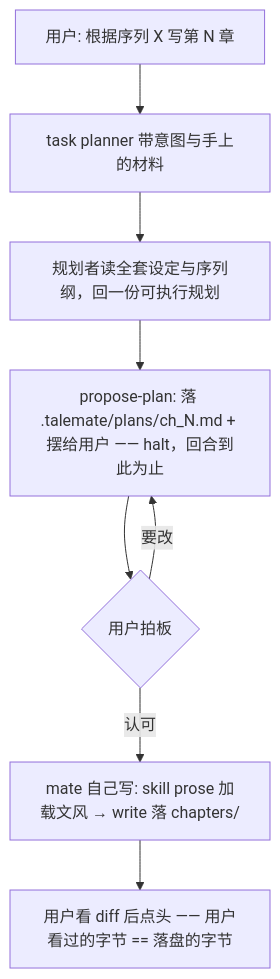
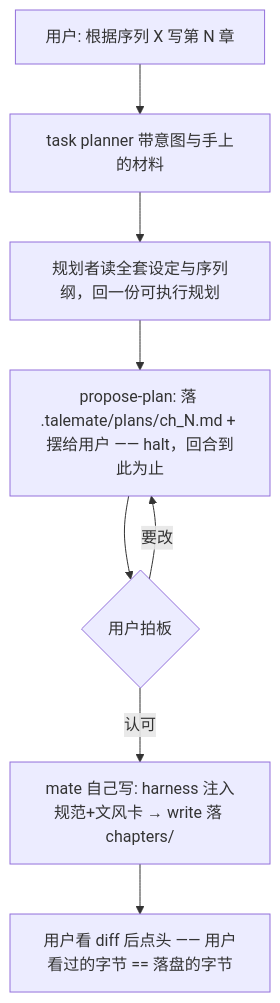
The diagram in docs/design-docs.md (Sunshine334419520/talemate), drawn with Mermaid before and after one commit. The commit also changed other lines of this file and 22 other files, not shown here.

Commit message:
Update documentation for prose writing workflow and harness injection

````diff
--- a/docs/design-docs.md
+++ b/docs/design-docs.md
@@ -89,10 +89,10 @@
 ```mermaid
 flowchart TD
     W[用户: 根据序列 X 写第 N 章] --> W1[task planner 带意图与手上的材料]
     W1 --> W2[规划者读全套设定与序列纲，回一份可执行规划]
     W2 --> W3[propose-plan: 落 .talemate/plans/ch_N.md + 摆给用户 —— halt，回合到此为止]
     W3 --> W4{用户拍板}
     W4 -- 要改 --> W3
-    W4 -- 认可 --> W5[mate 自己写: skill prose 加载文风 → write 落 chapters/]
+    W4 -- 认可 --> W5[mate 自己写: harness 注入规范+文风卡 → write 落 chapters/]
     W5 --> W6[用户看 diff 后点头 —— 用户看过的字节 == 落盘的字节]
 ```
````
